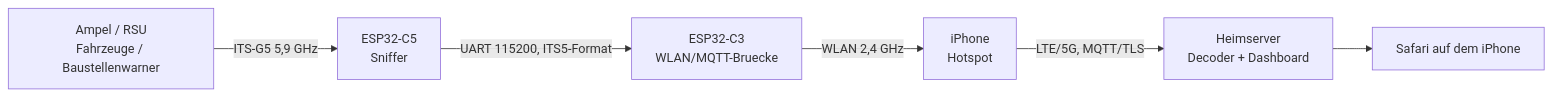
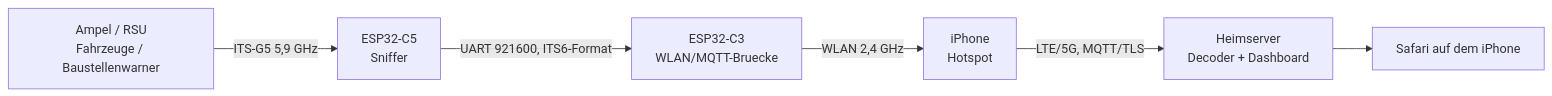
Before and after one commit to icepaule/Ice-Traffic-Data: the diagram in README.md, drawn with Mermaid. The commit also changed 7 other files, not shown here.

````diff
--- a/README.md
+++ b/README.md
@@ -13,8 +13,8 @@
 ```mermaid
 flowchart LR
     RSU["Ampel / RSU<br/>Fahrzeuge / Baustellenwarner"] -- "ITS-G5 5,9 GHz" --> C5["ESP32-C5<br/>Sniffer"]
-    C5 -- "UART 115200, ITS5-Format" --> C3["ESP32-C3<br/>WLAN/MQTT-Bruecke"]
+    C5 -- "UART 921600, ITS6-Format" --> C3["ESP32-C3<br/>WLAN/MQTT-Bruecke"]
     C3 -- "WLAN 2,4 GHz" --> HS["iPhone<br/>Hotspot"]
     HS -- "LTE/5G, MQTT/TLS" --> SRV["Heimserver<br/>Decoder + Dashboard"]
     SRV --> SAF["Safari auf dem iPhone"]
 ```
````
